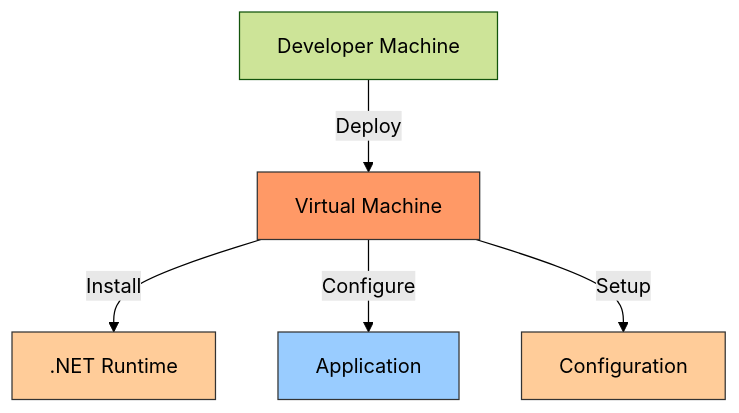
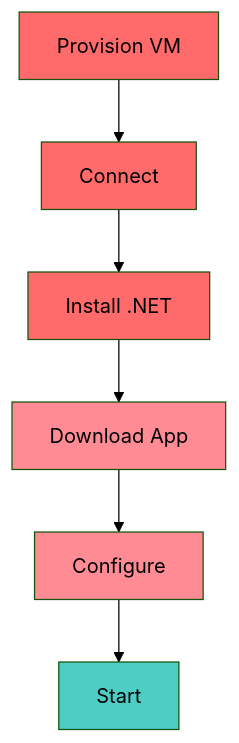
Before and after one commit to sixeyed/azure-az204: the diagram in slides/docker/002.md, drawn with Mermaid (forest theme). The commit also changed other lines of this file and 452 other files, not shown here.

````diff
--- a/slides/docker/002.md
+++ b/slides/docker/002.md
@@ -16,12 +18,15 @@
 ```mermaid
-graph TB
-    Dev[Developer Machine] -->|Deploy| VM[Virtual Machine]
-    VM -->|Install| Runtime[.NET Runtime]
-    VM -->|Configure| App[Application]
-    VM -->|Setup| Config[Configuration]
+graph TD
+    A[Provision VM] --> B[Connect]
+    B --> C[Install .NET]
+    C --> D[Download App]
+    D --> E[Configure]
+    E --> F[Start]
 
-    style VM fill:#f96,stroke:#333
-    style Runtime fill:#fc9,stroke:#333
-    style App fill:#9cf,stroke:#333
-    style Config fill:#fc9,stroke:#333
+    style A fill:#ff6b6b
+    style B fill:#ff6b6b
+    style C fill:#ff6b6b
+    style D fill:#ff8b94
+    style E fill:#ff8b94
+    style F fill:#4ecdc4
 ```
````
